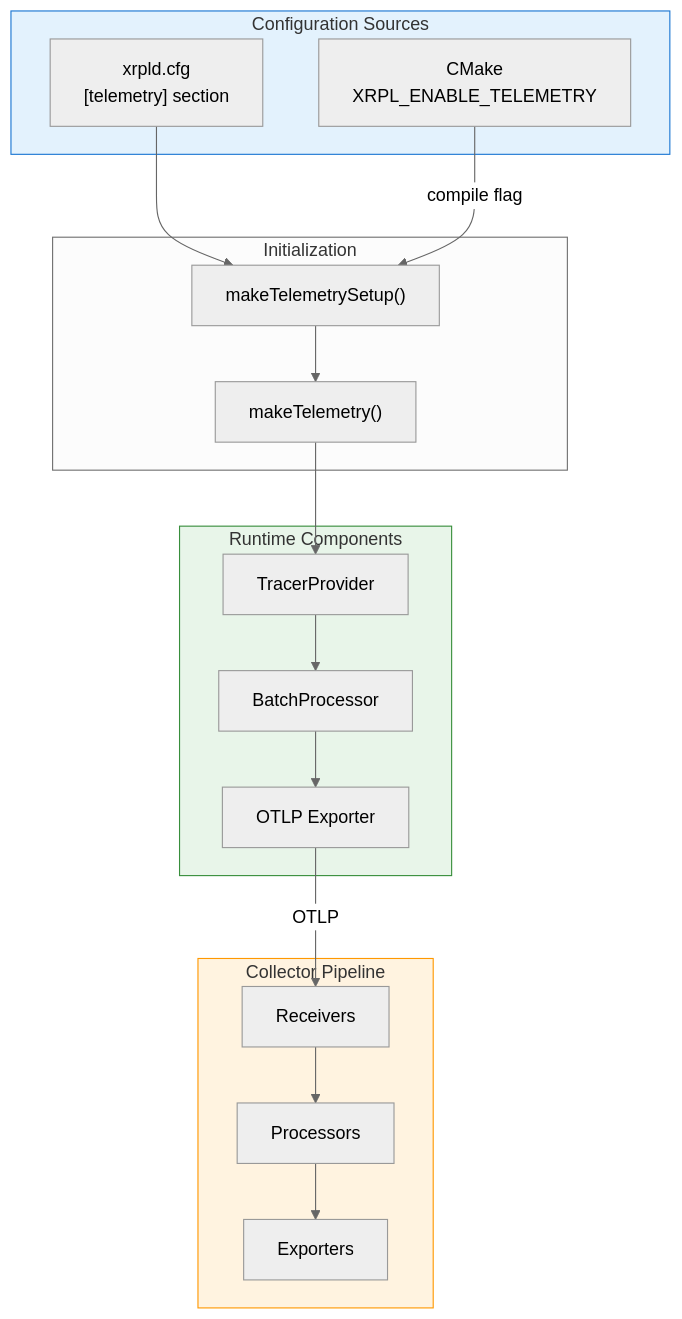
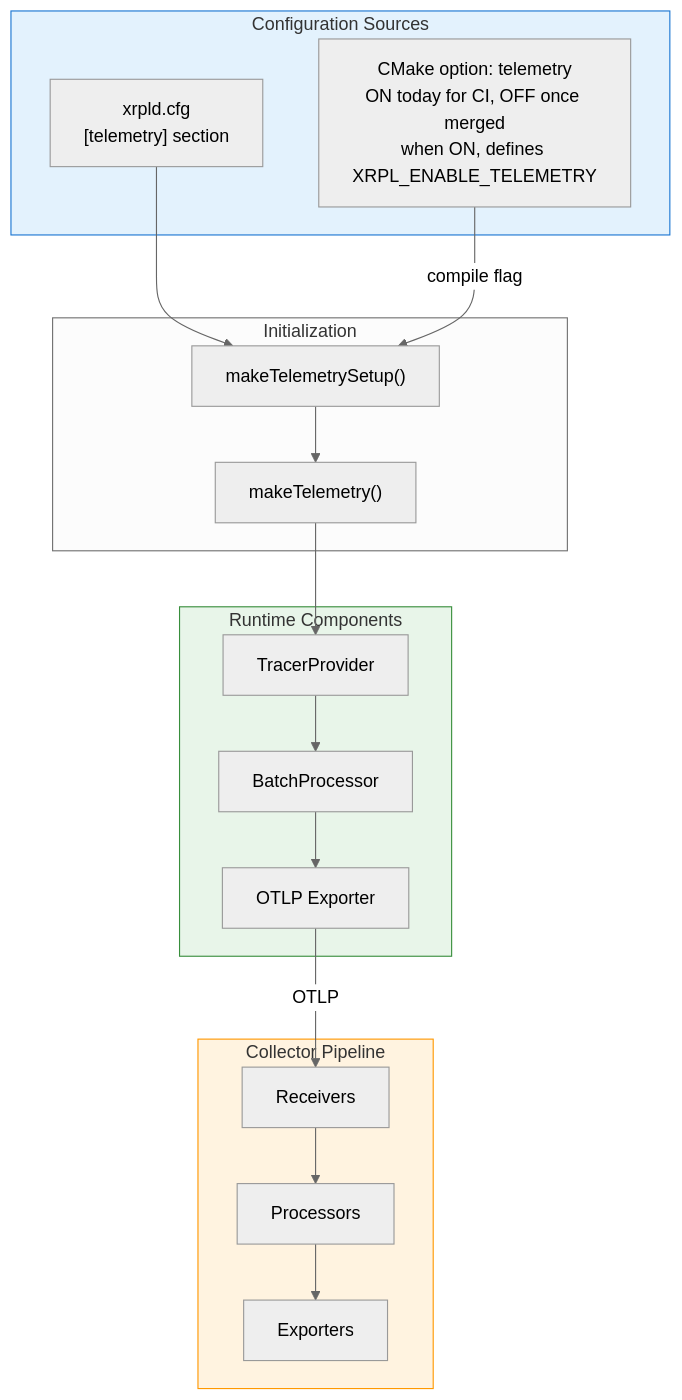
The diagram in OpenTelemetryPlan/05-configuration-reference.md (XRPLF/rippled), drawn with Mermaid (neutral theme) before and after one commit. The commit also changed other lines of this file and 34 other files, not shown here.

````diff
--- a/OpenTelemetryPlan/05-configuration-reference.md
+++ b/OpenTelemetryPlan/05-configuration-reference.md
@@ -130,38 +389,38 @@
 ```mermaid
 flowchart TB
     subgraph config["Configuration Sources"]
         cfgFile["xrpld.cfg<br/>[telemetry] section"]
-        cmake["CMake<br/>XRPL_ENABLE_TELEMETRY"]
+        cmake["CMake option: telemetry<br/>ON today for CI, OFF once merged<br/>when ON, defines XRPL_ENABLE_TELEMETRY"]
     end
 
     subgraph init["Initialization"]
         parse["makeTelemetrySetup()"]
         factory["makeTelemetry()"]
     end
 
     subgraph runtime["Runtime Components"]
         tracer["TracerProvider"]
         exporter["OTLP Exporter"]
         processor["BatchProcessor"]
     end
 
     subgraph collector["Collector Pipeline"]
         recv["Receivers"]
         proc["Processors"]
         exp["Exporters"]
     end
 
     cfgFile --> parse
     cmake -->|"compile flag"| parse
     parse --> factory
     factory --> tracer
     tracer --> processor
     processor --> exporter
     exporter -->|"OTLP"| recv
     recv --> proc
     proc --> exp
 
     style config fill:#e3f2fd,stroke:#1976d2
     style runtime fill:#e8f5e9,stroke:#388e3c
     style collector fill:#fff3e0,stroke:#ff9800
 ```
````
